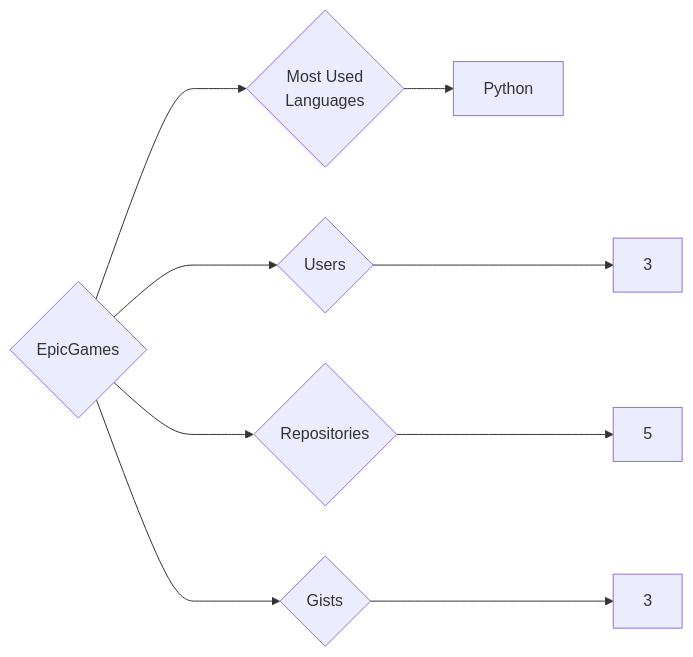
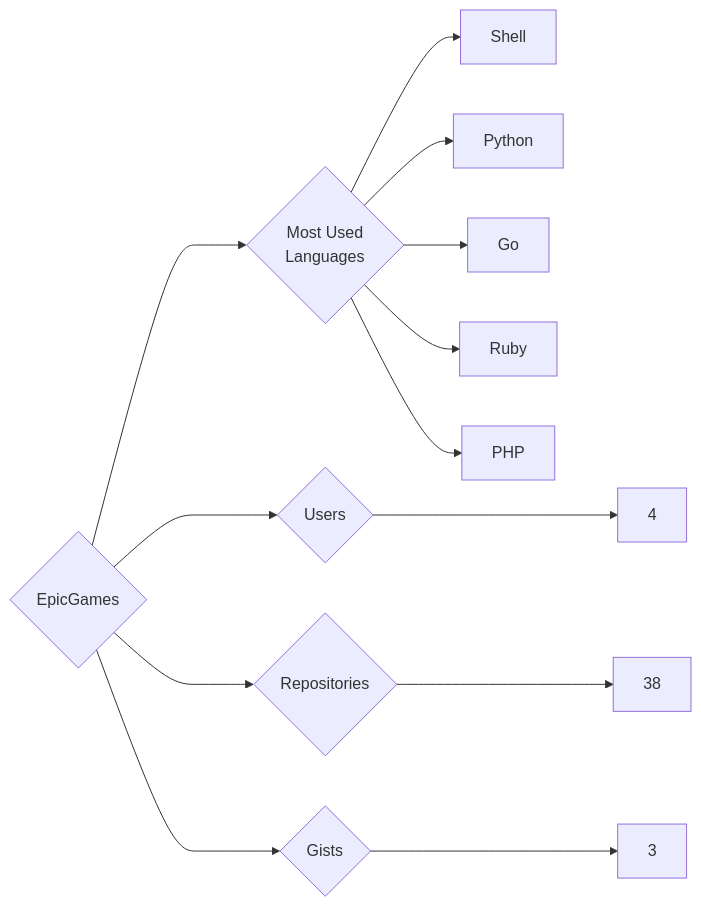
Before and after one commit to trickest/insiders: the diagram in targets/EpicGames/README.md, drawn with Mermaid. The commit also changed 942 other files, not shown here.

````diff
--- a/targets/EpicGames/README.md
+++ b/targets/EpicGames/README.md
@@ -3,9 +3,13 @@
 ```mermaid
 graph LR
 COMPANY_NAME{EpicGames}
-COMPANY_NAME ---> U{Users} ---> UN[3]
-COMPANY_NAME ---> R{Repositories} ---> RN[5]
+COMPANY_NAME ---> U{Users} ---> UN[4]
+COMPANY_NAME ---> R{Repositories} ---> RN[38]
 COMPANY_NAME ---> G{Gists} ---> GN[3]
 COMPANY_NAME ---> ML{Most Used<br>Languages}
+ML --> Shell[Shell]
 ML --> Python[Python]
+ML --> Go[Go]
+ML --> Ruby[Ruby]
+ML --> PHP[PHP]
 ```
````
